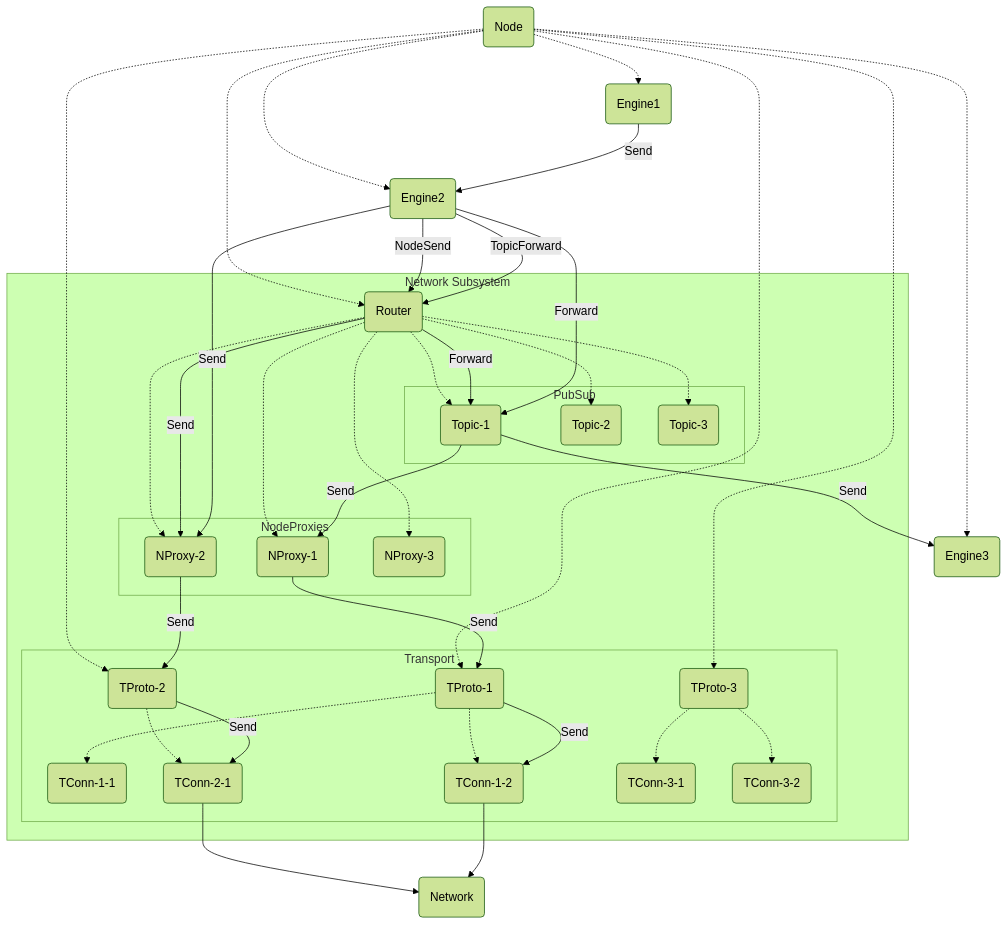
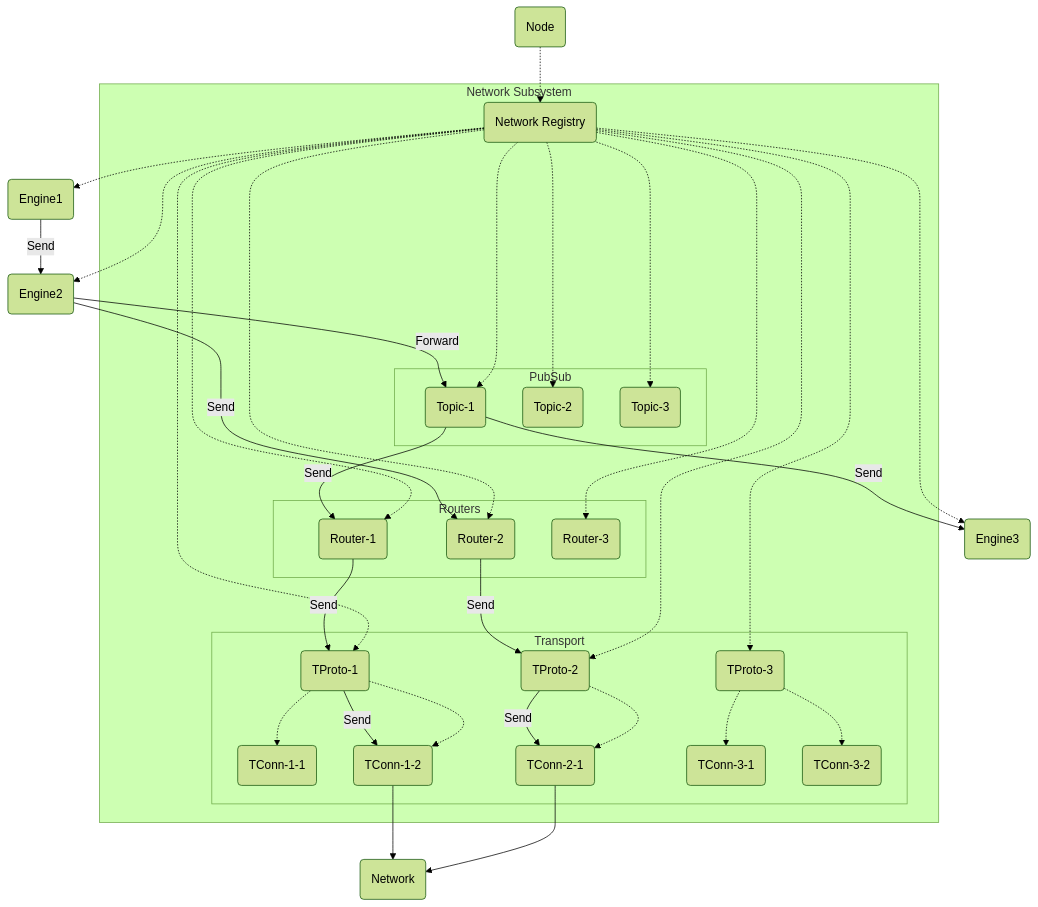
The diagram in docs/arch/node/net/index.md (anoma/nspec), drawn with Mermaid (forest theme) before and after one commit. The commit also changed other lines of this file and 22 other files, not shown here.

Commit message:
router: multiple instances instead of node proxy; add network registry

````diff
--- a/docs/arch/node/net/index.md
+++ b/docs/arch/node/net/index.md
@@ -42,63 +42,59 @@
 ```mermaid
 flowchart TD
 
 N(Node)
 
 E1(Engine1)
 E2(Engine2)
 E3(Engine3)
 
 subgraph Network Subsystem
-  R(Router)
+  NR(Network Registry)
 
-  subgraph NodeProxies
-    NP1(NProxy-1)
-    NP2(NProxy-2)
-    NP3(NProxy-3)
+  subgraph Routers
+    R1(Router-1)
+    R2(Router-2)
+    R3(Router-3)
   end
 
   subgraph PubSub
     T1(Topic-1)
     T2(Topic-2)
     T3(Topic-3)
   end
 
   subgraph Transport
     TP1(TProto-1)
     TP2(TProto-2)
     TP3(TProto-3)
 
     TC11(TConn-1-1)
     TC12(TConn-1-2)
     TC21(TConn-2-1)
     TC31(TConn-3-1)
     TC32(TConn-3-2)
   end
 end
 
 NET(Network)
 
 %% Spawn tree
 
-N -.-> R & TP1 & TP2 & TP3 & E1 & E2 & E3
-R -.-> NP1 & NP2 & NP3 & T1 & T2 & T3
+N -.-> NR
+NR -.-> TP1 & TP2 & TP3 & E1 & E2 & E3
+NR -.-> R1 & R2 & R3 & T1 & T2 & T3
 TP1 -.-> TC11 & TC12
 TP2 -.-> TC21
 TP3 -.-> TC31 & TC32
 
 %% Message flow
 
-%% Intra-node communacation between local engines
+%%% Unicast
 E1 -- Send --> E2
+E2 -- Send --> R2 -- Send --> TP2 -- Send --> TC21  --> NET
 
-%% First message via R to open a connection
-E2 -- NodeSend --> R -- Send --> NP2 -- Send --> TP2 -- Send --> TC21 --> NET
-E2 -- TopicForward --> R -- Forward --> T1
-
-%% Subsequent messages
-E2 -- Send --> NP2
+%%% Multicast
 E2 -- Forward --> T1
-
 T1 -- Send --> E3
-T1 -- Send --> NP1 -- Send --> TP1 -- Send --> TC12 --> NET
+T1 -- Send --> R1 -- Send --> TP1 -- Send --> TC12 --> NET
 ```
````
